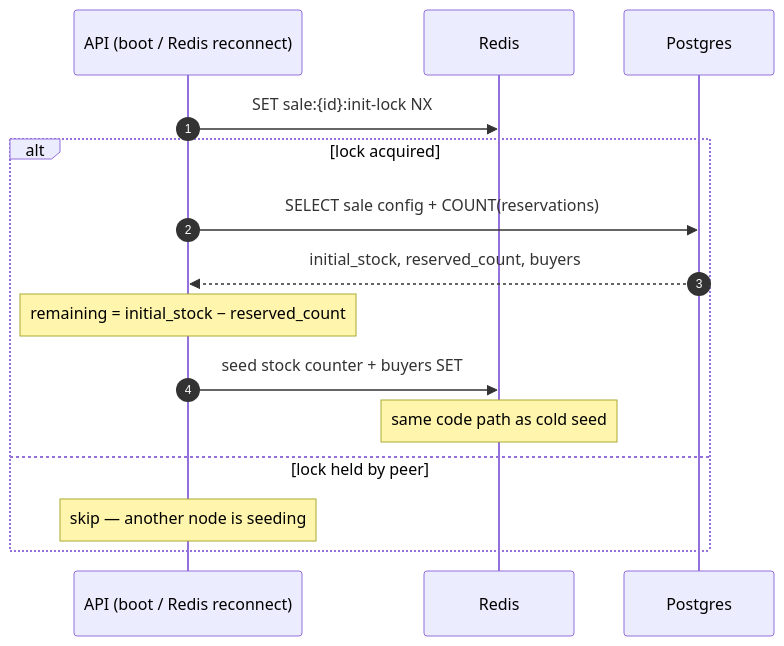
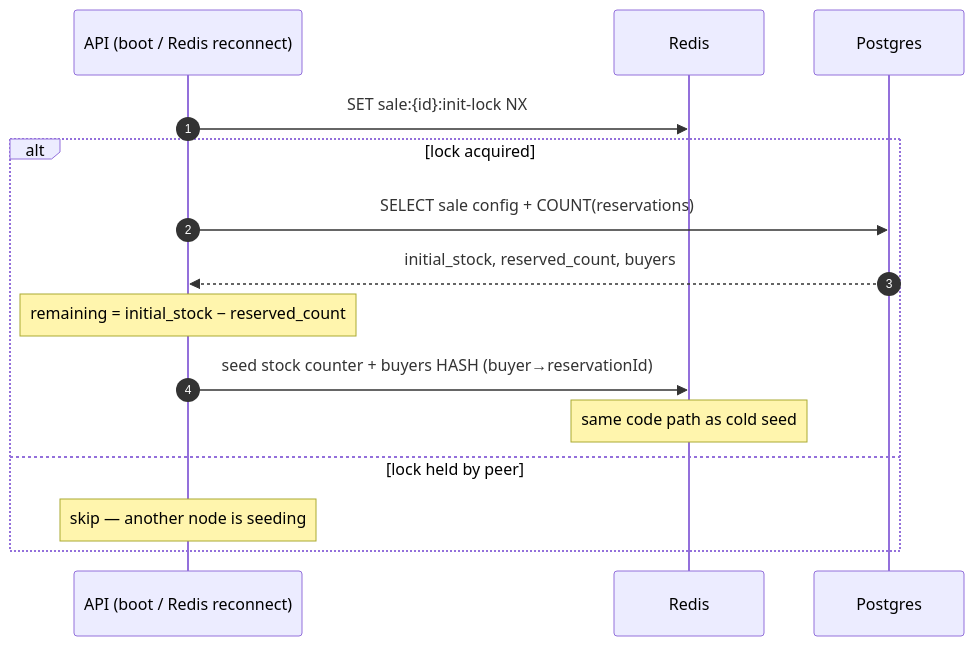
The fourth of 4 diagrams in README.md (jayaregalinada/rush-sale-monorepo), drawn with Mermaid before and after one commit. The commit also changed other lines of this file and 1 other file, not shown here.

First line of the commit message:
docs: refresh architecture diagram to match current design

````diff
--- a/README.md
+++ b/README.md
@@ -109,18 +110,18 @@
 ```mermaid
 sequenceDiagram
     autonumber
     participant A as API (boot / Redis reconnect)
     participant R as Redis
     participant P as Postgres
 
     A->>R: SET sale:{id}:init-lock NX
     alt lock acquired
         A->>P: SELECT sale config + COUNT(reservations)
         P-->>A: initial_stock, reserved_count, buyers
         Note over A: remaining = initial_stock − reserved_count
-        A->>R: seed stock counter + buyers SET
+        A->>R: seed stock counter + buyers HASH (buyer→reservationId)
         Note over R: same code path as cold seed
     else lock held by peer
         Note over A: skip — another node is seeding
     end
 ```
````
